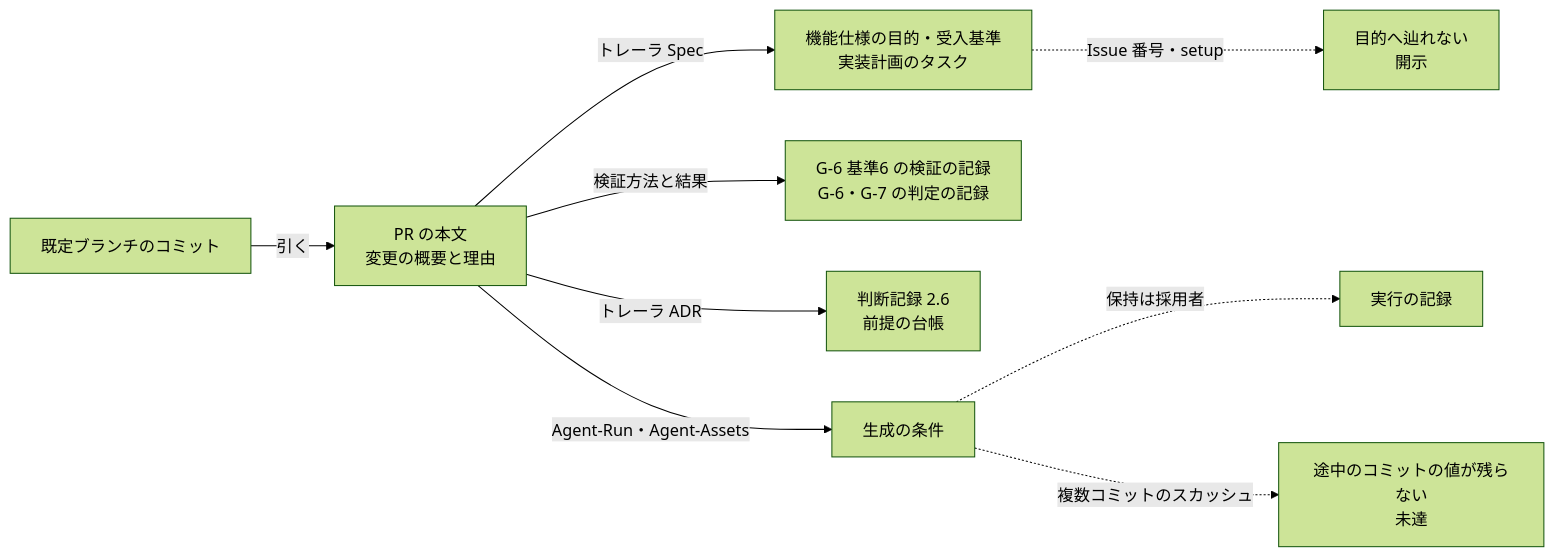
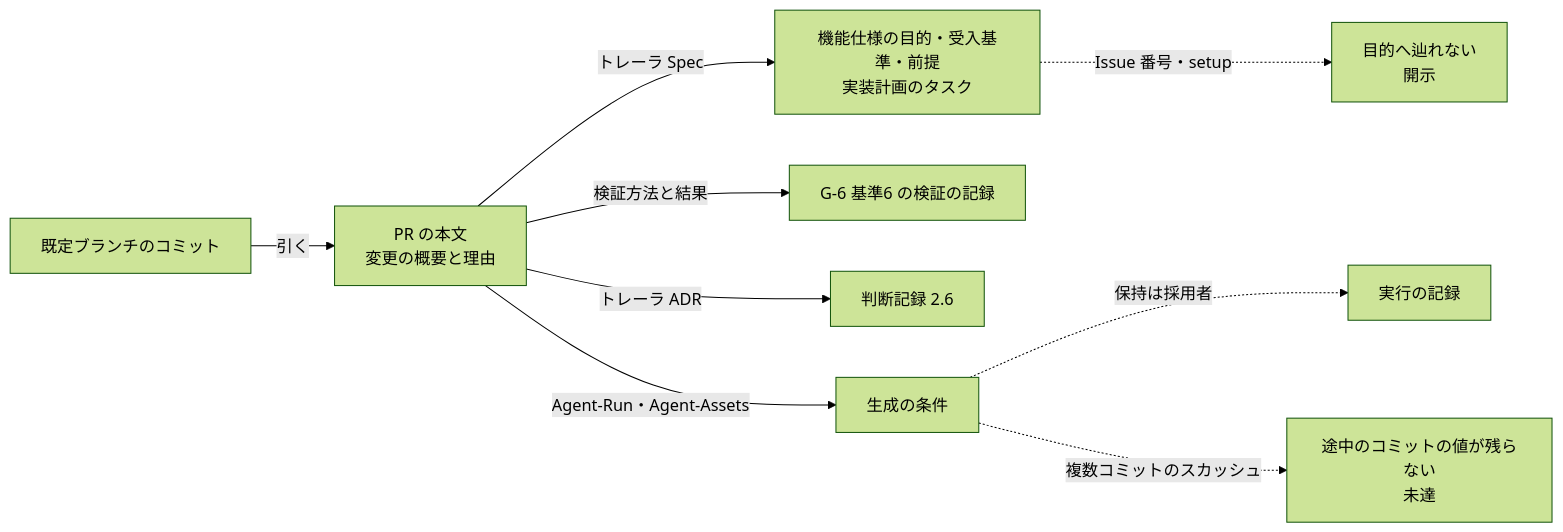
The second of 2 diagrams in src/content/docs/phase5-implementation/pr-workflow.md (Takenori-Kusaka/process-compass), drawn with Mermaid (forest theme) before and after one commit. The commit also changed other lines of this file and 9 other files, not shown here.

````diff
--- a/src/content/docs/phase5-implementation/pr-workflow.md
+++ b/src/content/docs/phase5-implementation/pr-workflow.md
@@ -166,11 +166,11 @@
 ```mermaid
 flowchart LR
   C["既定ブランチのコミット"] -->|引く| P["PR の本文<br/>変更の概要と理由"]
-  P -->|トレーラ Spec| S["機能仕様の目的・受入基準<br/>実装計画のタスク"]
-  P -->|検証方法と結果| V["G-6 基準6 の検証の記録<br/>G-6・G-7 の判定の記録"]
-  P -->|トレーラ ADR| A["判断記録 2.6<br/>前提の台帳"]
+  P -->|トレーラ Spec| S["機能仕様の目的・受入基準・前提<br/>実装計画のタスク"]
+  P -->|検証方法と結果| V["G-6 基準6 の検証の記録"]
+  P -->|トレーラ ADR| A["判断記録 2.6"]
   P -->|Agent-Run・Agent-Assets| R["生成の条件"]
   R -.->|保持は採用者| L["実行の記録"]
   S -.->|Issue 番号・setup| K1["目的へ辿れない<br/>開示"]
   R -.->|複数コミットのスカッシュ| K8["途中のコミットの値が残らない<br/>未達"]
 ```
````
